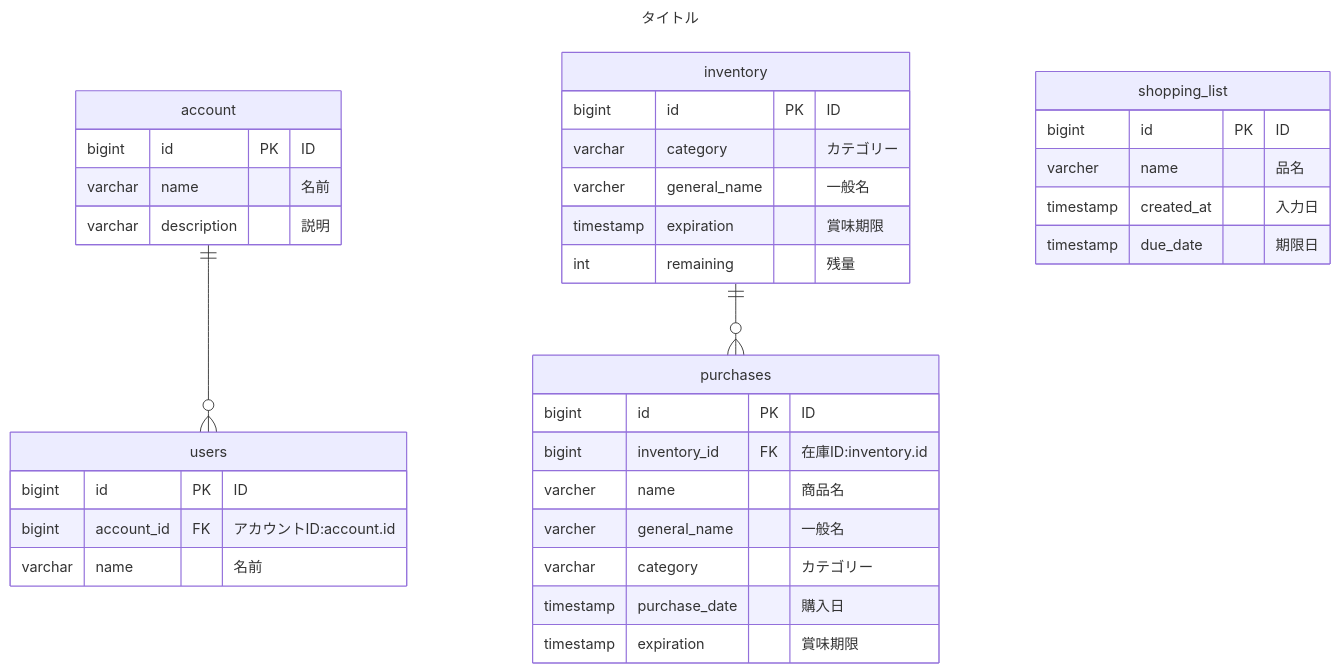
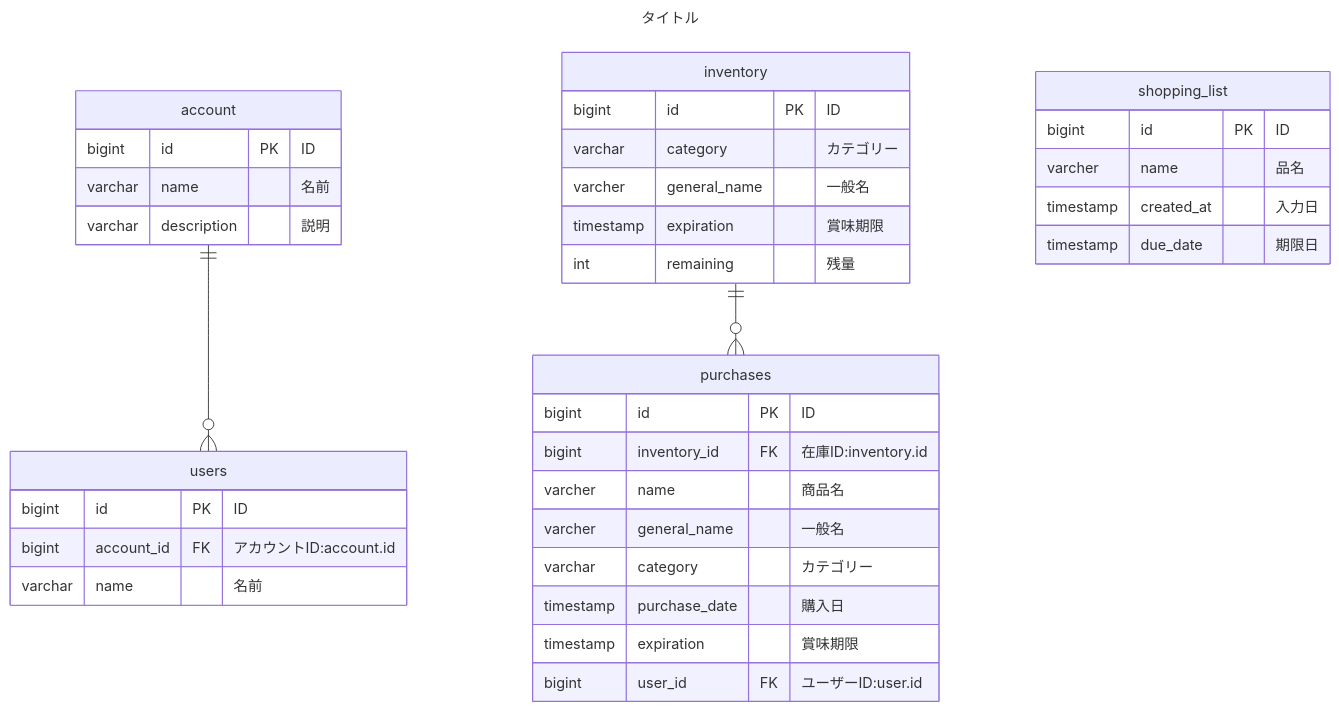
One commit to kurutto/fridge-inventory changed the diagram in doc/fridge-inventory.md. Above: the diagram before and after it, drawn with Mermaid.

Commit message:
購入者表示のためpurchasesテーブルにuser idを追加 #1"

````diff
--- a/doc/fridge-inventory.md
+++ b/doc/fridge-inventory.md
@@ -5,42 +5,43 @@
 ```mermaid
 ---
 title: "タイトル"
 ---
 erDiagram
 
     account ||--o{ users : ""
     inventory ||--o{ purchases : ""
 
     account {
         bigint id PK "ID"
         varchar name "名前"
         varchar description "説明"
     }
     users {
         bigint id PK "ID"
         bigint account_id FK "アカウントID:account.id"
         varchar name "名前"
     }
     inventory {
         bigint id PK "ID"
         varchar category "カテゴリー"
         varcher general_name "一般名"
         timestamp expiration "賞味期限"
         int remaining "残量"
     }
     purchases {
         bigint id PK "ID"
         bigint inventory_id FK "在庫ID:inventory.id"
         varcher name "商品名"
         varcher general_name "一般名"
         varchar category "カテゴリー"
         timestamp purchase_date "購入日"
         timestamp expiration "賞味期限"
+        bigint user_id FK "ユーザーID:user.id"
     }
     shopping_list {
         bigint id PK "ID"
         varcher name "品名"
         timestamp created_at "入力日"
         timestamp due_date "期限日"
     }
 ```
````
